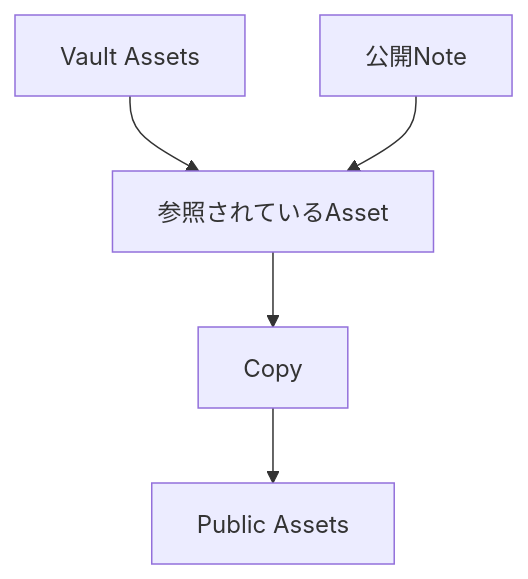
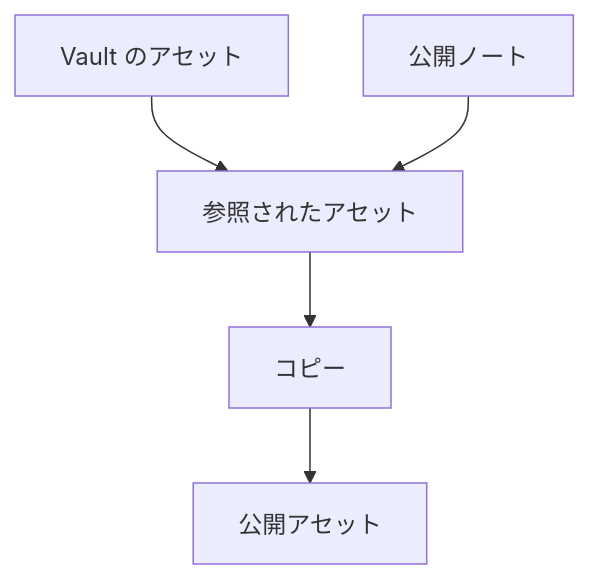
One commit to Rerurate514/riebeckite changed the tenth of 13 diagrams in docs/docs/guides/deployment/separate-content-repository.ja.md. Above: the diagram before and after it, drawn with Mermaid. The commit also changed other lines of this file and 310 other files, not shown here.

````diff
--- a/docs/docs/guides/deployment/separate-content-repository.ja.md
+++ b/docs/docs/guides/deployment/separate-content-repository.ja.md
@@ -937,13 +429,13 @@
-```mermaid id="44q02p"
+```mermaid
 flowchart TD
-    Vault["Vault Assets"]
-    PublicNotes["公開Note"]
-    Referenced["参照されているAsset"]
-    Copy["Copy"]
-    Public["Public Assets"]
+    Vault["Vault のアセット"]
+    PublicNotes["公開ノート"]
+    Referenced["参照されたアセット"]
+    Copy["コピー"]
+    Public["公開アセット"]
 
     Vault --> Referenced
     PublicNotes --> Referenced
     Referenced --> Copy
     Copy --> Public
 ```
````
